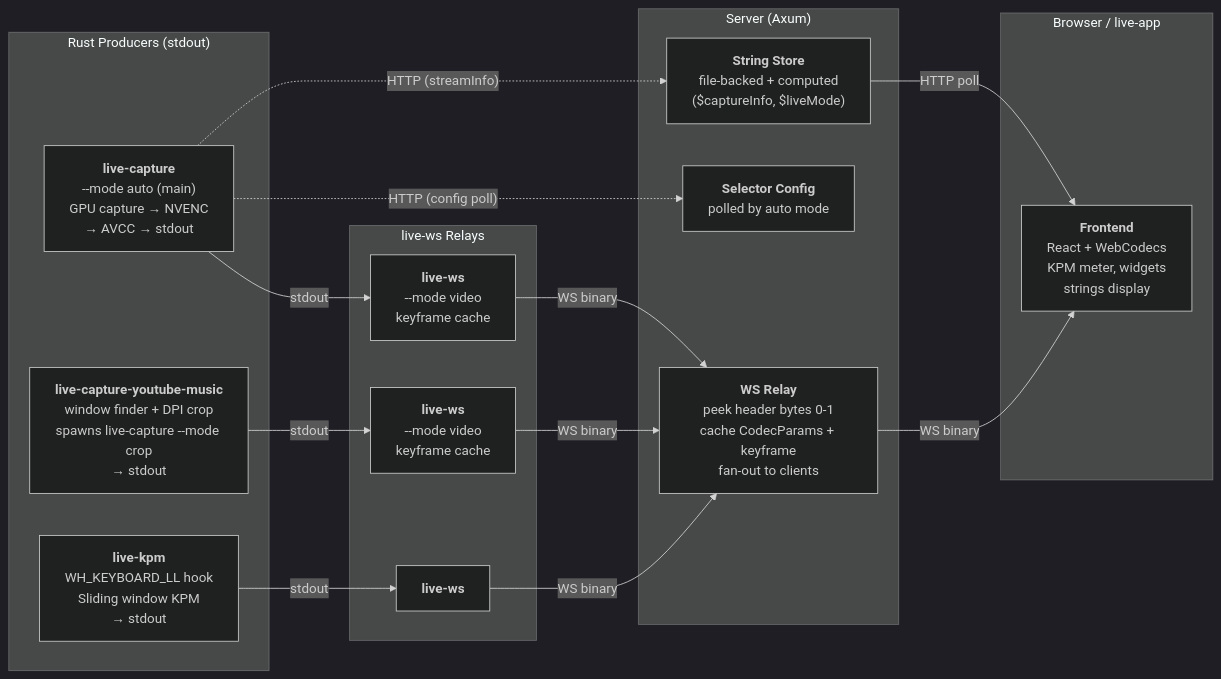
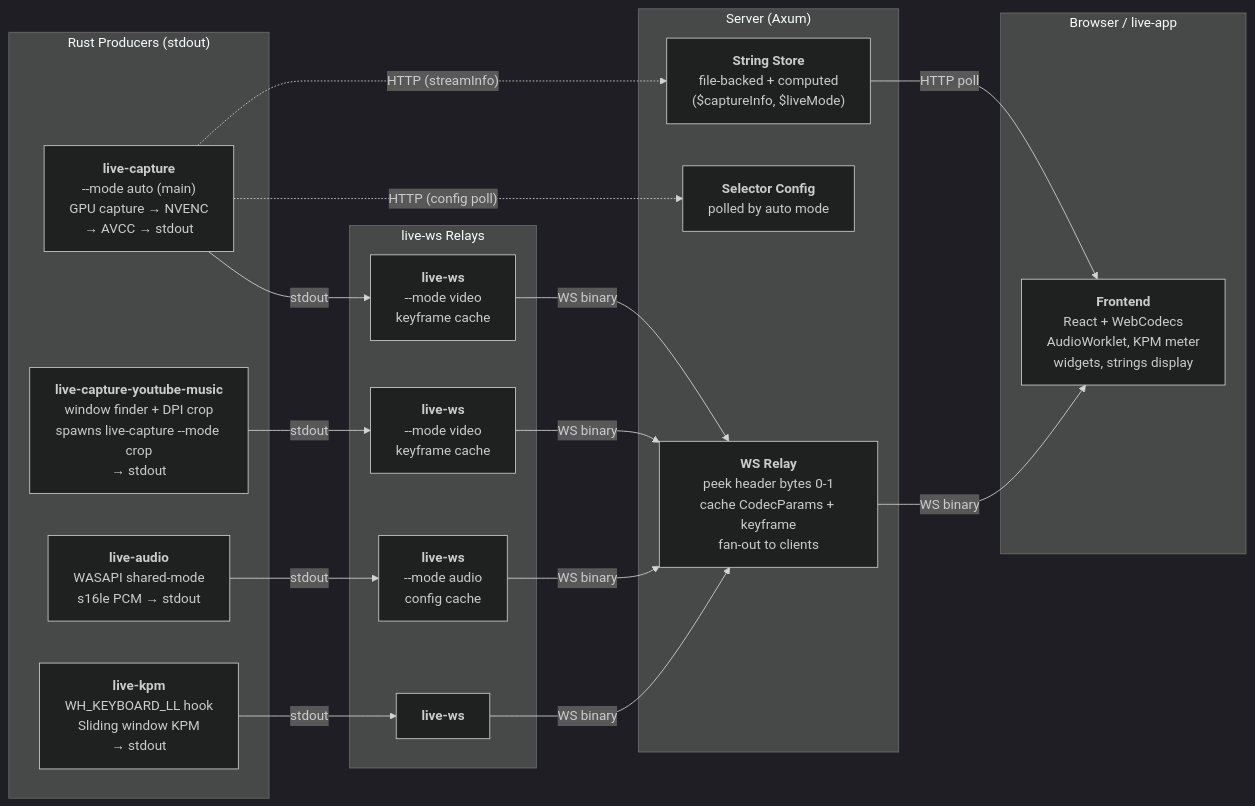
Before and after one commit to NekomaruQwQ/Nekomaru-LiveUI: the diagram in docs/README.md, drawn with Mermaid (dark theme). The commit also changed other lines of this file and 19 other files, not shown here.

Commit message:
Add live-audio WASAPI streaming (M4 WS architecture) + Replace $microphone polling with audio connection status + Update docs

````diff
--- a/docs/README.md
+++ b/docs/README.md
@@ -62,38 +62,42 @@
 ```mermaid
 graph LR
     subgraph producers["Rust Producers (stdout)"]
         capture_auto["<b>live-capture</b><br/>--mode auto (main)<br/>GPU capture → NVENC<br/>→ AVCC → stdout"]
         capture_youtube_music["<b>live-capture-youtube-music</b><br/>window finder + DPI crop<br/>spawns live-capture --mode crop<br/>→ stdout"]
+        audio["<b>live-audio</b><br/>WASAPI shared-mode<br/>s16le PCM → stdout"]
         kpm["<b>live-kpm</b><br/>WH_KEYBOARD_LL hook<br/>Sliding window KPM<br/>→ stdout"]
     end
 
     subgraph relays["live-ws Relays"]
         ws_main["<b>live-ws</b><br/>--mode video<br/>keyframe cache"]
         ws_youtube_music["<b>live-ws</b><br/>--mode video<br/>keyframe cache"]
+        ws_audio["<b>live-ws</b><br/>--mode audio<br/>config cache"]
         ws_kpm["<b>live-ws</b>"]
     end
 
     subgraph server["Server (Axum)"]
         relay["<b>WS Relay</b><br/>peek header bytes 0-1<br/>cache CodecParams + keyframe<br/>fan-out to clients"]
         strings["<b>String Store</b><br/>file-backed + computed<br/>($captureInfo, $liveMode)"]
         config["<b>Selector Config</b><br/>polled by auto mode"]
     end
 
     subgraph frontend["Browser / live-app"]
-        viewer["<b>Frontend</b><br/>React + WebCodecs<br/>KPM meter, widgets<br/>strings display"]
+        viewer["<b>Frontend</b><br/>React + WebCodecs<br/>AudioWorklet, KPM meter<br/>widgets, strings display"]
     end
 
     capture_auto -- "stdout" --> ws_main
     capture_youtube_music -- "stdout" --> ws_youtube_music
+    audio -- "stdout" --> ws_audio
     kpm -- "stdout" --> ws_kpm
 
     ws_main -- "WS binary" --> relay
     ws_youtube_music -- "WS binary" --> relay
+    ws_audio -- "WS binary" --> relay
     ws_kpm -- "WS binary" --> relay
 
     capture_auto -. "HTTP (config poll)" .-> config
     capture_auto -. "HTTP (streamInfo)" .-> strings
 
     relay -- "WS binary" --> viewer
     strings -- "HTTP poll" --> viewer
 ```
````
